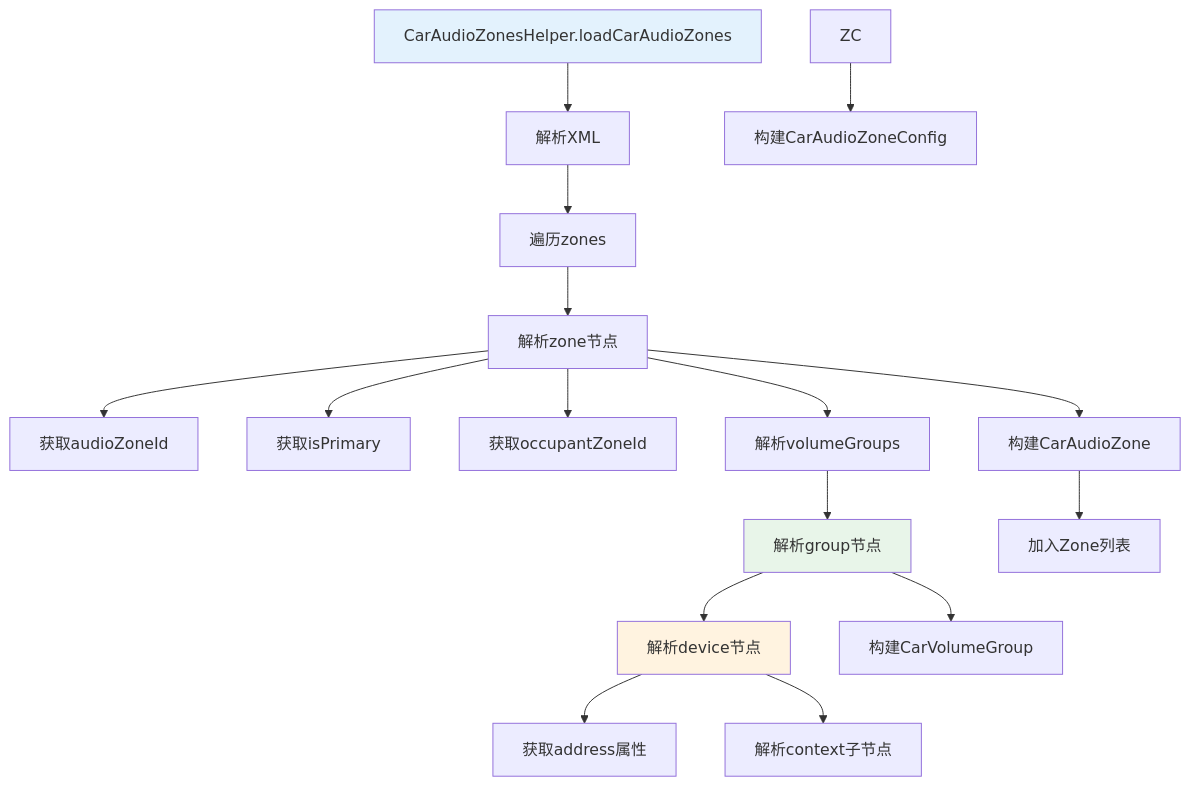
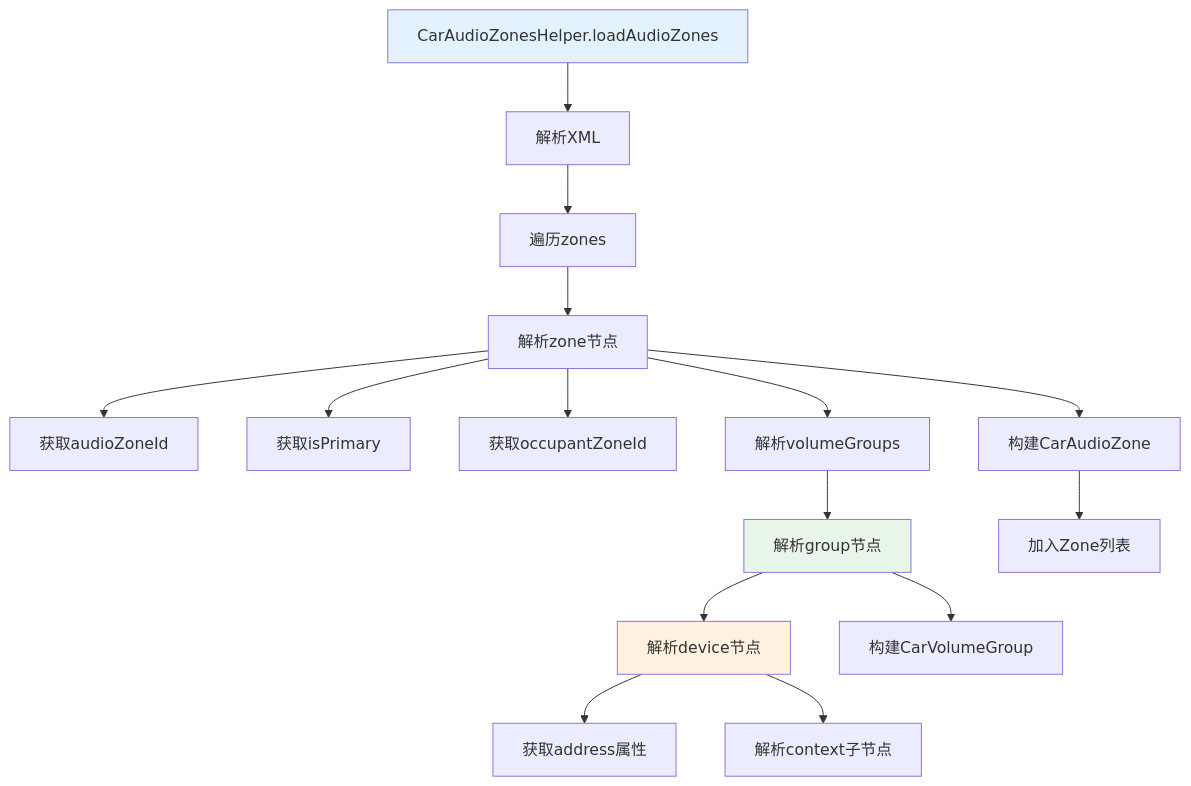
The third of 4 diagrams in 11_Vendor_Layer/11_11.6_配置解析流程.md (yanglinzhen1022/SA8295_AAOS_QNX_Audio_KnowledgeBase), drawn with Mermaid before and after one commit. The commit also changed other lines of this file and 13 other files, not shown here.

````diff
--- a/11_Vendor_Layer/11_11.6_配置解析流程.md
+++ b/11_Vendor_Layer/11_11.6_配置解析流程.md
@@ -175,22 +181,21 @@
 ```mermaid
 graph TD
-    CZH[CarAudioZonesHelper.loadCarAudioZones] --> PARSE_XML[解析XML]
+    CZH[CarAudioZonesHelper.loadAudioZones] --> PARSE_XML[解析XML]
     PARSE_XML --> ZONES[遍历zones]
     ZONES --> ZONE[解析zone节点]
     ZONE --> ZI[获取audioZoneId]
     ZONE --> IP[获取isPrimary]
     ZONE --> OZ[获取occupantZoneId]
     ZONE --> VGS[解析volumeGroups]
     VGS --> VG[解析group节点]
     VG --> DEV[解析device节点]
     DEV --> ADDR[获取address属性]
     DEV --> CTX[解析context子节点]
     VG --> BUILD[构建CarVolumeGroup]
-    ZC --> BUILD_ZONE[构建CarAudioZoneConfig]
     ZONE --> BUILD_Z[构建CarAudioZone]
     BUILD_Z --> LIST[加入Zone列表]
 
     style CZH fill:#e3f2fd
     style VG fill:#e8f5e9
     style DEV fill:#fff3e0
 ```
````
